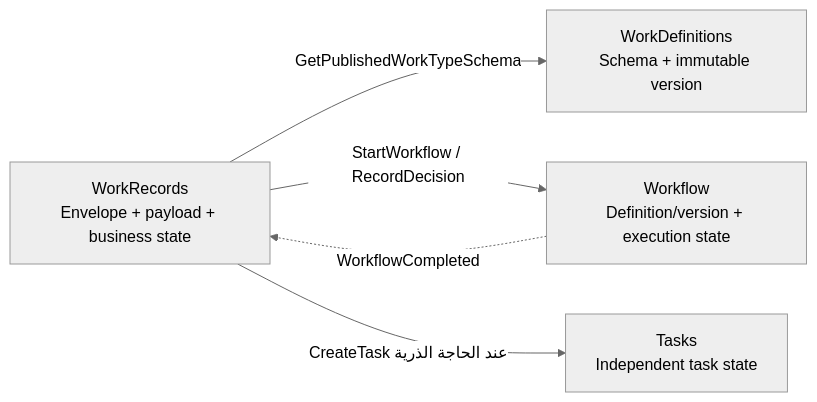
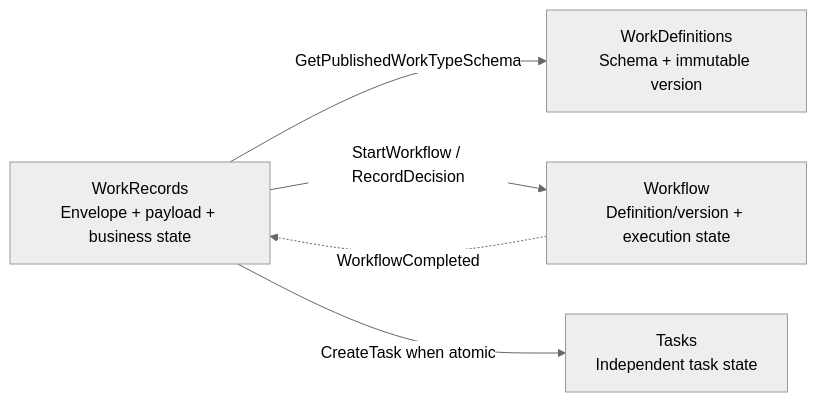
One commit to tariiq222/cluster changed the third of 4 diagrams in docs/architecture/context-map.md. Above: the diagram before and after it, drawn with Mermaid (neutral theme). The commit also changed other lines of this file and 129 other files, not shown here.

````diff
--- a/docs/architecture/context-map.md
+++ b/docs/architecture/context-map.md
@@ -306,12 +306,12 @@
 ```mermaid
 flowchart LR
     WD["WorkDefinitions\nSchema + immutable version"]
     WR["WorkRecords\nEnvelope + payload + business state"]
     WF["Workflow\nDefinition/version + execution state"]
     T["Tasks\nIndependent task state"]
 
     WR -->|"GetPublishedWorkTypeSchema"| WD
     WR -->|"StartWorkflow / RecordDecision"| WF
-    WR -->|"CreateTask عند الحاجة الذرية"| T
+    WR -->|"CreateTask when atomic"| T
     WF -.->|"WorkflowCompleted"| WR
 ```
````
